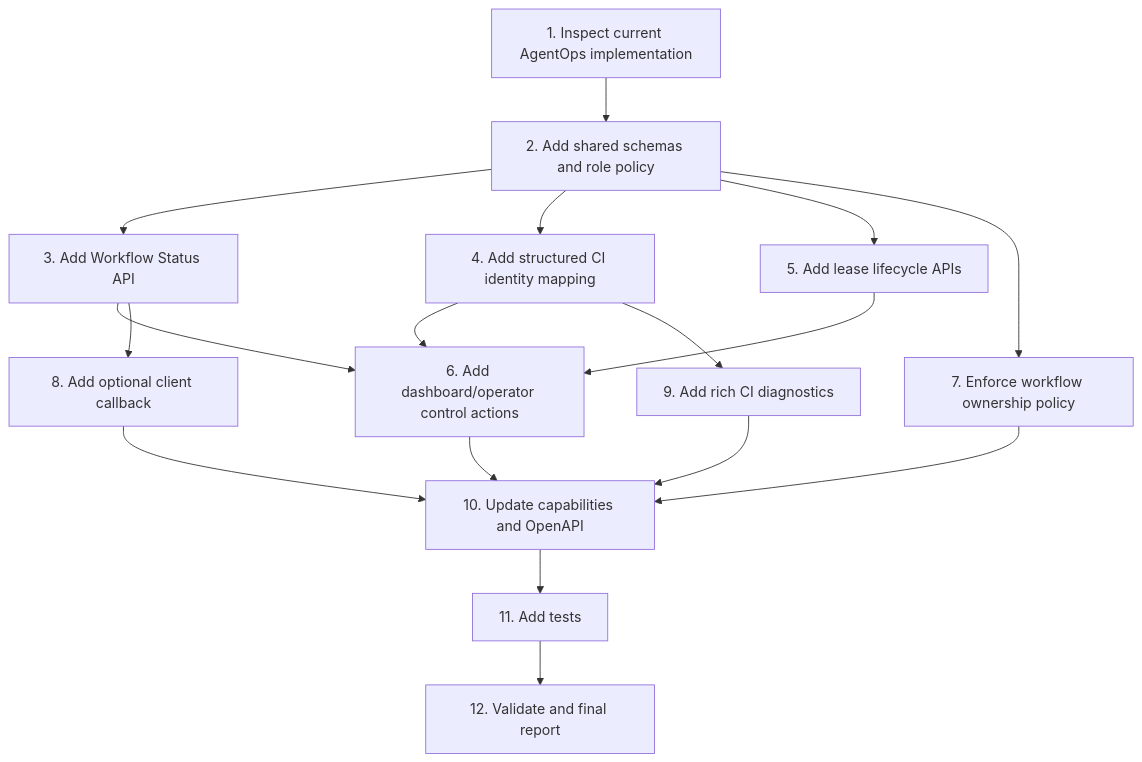
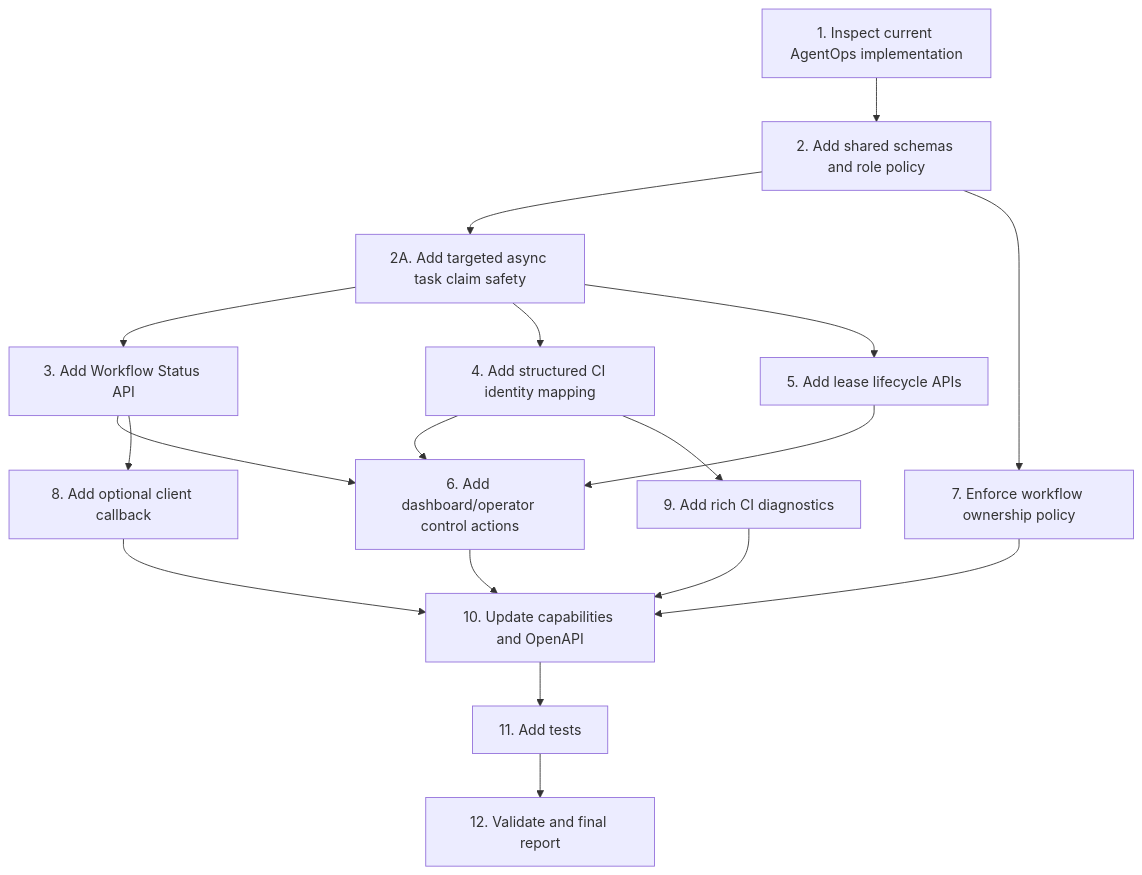
The diagram in .kiro/specs/DS-OPS-07-agentops-control-plane/tasks.md (dw18031988/ds_mcp_server), drawn with Mermaid before and after one commit. The commit also changed other lines of this file, not shown here.

Commit message:
docs: patch MVP7 tasks for targeted claims

````diff
--- a/.kiro/specs/DS-OPS-07-agentops-control-plane/tasks.md
+++ b/.kiro/specs/DS-OPS-07-agentops-control-plane/tasks.md
@@ -9,19 +9,20 @@
 ```mermaid
 graph TD
   T1[1. Inspect current AgentOps implementation] --> T2[2. Add shared schemas and role policy]
-  T2 --> T3[3. Add Workflow Status API]
-  T2 --> T4[4. Add structured CI identity mapping]
-  T2 --> T5[5. Add lease lifecycle APIs]
+  T2 --> T2A[2A. Add targeted async task claim safety]
+  T2A --> T3[3. Add Workflow Status API]
+  T2A --> T4[4. Add structured CI identity mapping]
+  T2A --> T5[5. Add lease lifecycle APIs]
   T3 --> T6[6. Add dashboard/operator control actions]
   T4 --> T6
   T5 --> T6
   T2 --> T7[7. Enforce workflow ownership policy]
   T3 --> T8[8. Add optional client callback]
   T4 --> T9[9. Add rich CI diagnostics]
   T6 --> T10[10. Update capabilities and OpenAPI]
   T7 --> T10
   T8 --> T10
   T9 --> T10
   T10 --> T11[11. Add tests]
   T11 --> T12[12. Validate and final report]
 ```
````
